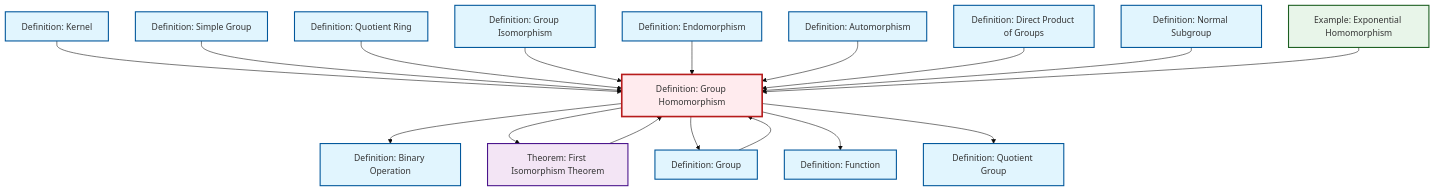
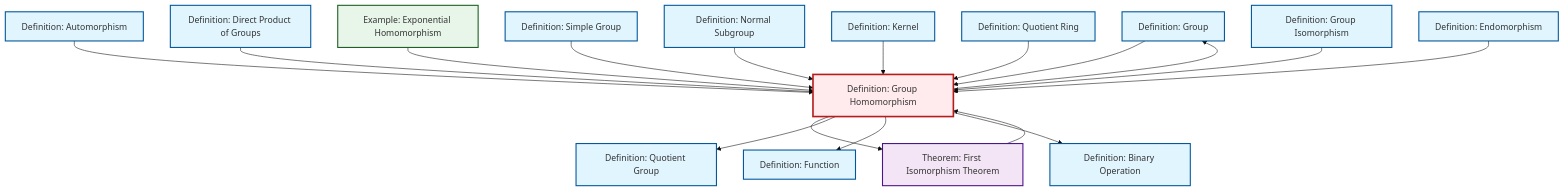
The diagram in content/en/algebra/def-homomorphism.qmd (RK0429/ModernMath), drawn with Mermaid (base theme) before and after one commit. The commit also changed other lines of this file and 634 other files, not shown here.

````diff
--- a/content/en/algebra/def-homomorphism.qmd
+++ b/content/en/algebra/def-homomorphism.qmd
@@ -62,55 +62,55 @@
 ```{mermaid}
 %%| fig-cap: "Local dependency graph"
 graph TD
     classDef definition fill:#e1f5fe,stroke:#01579b,stroke-width:2px
     classDef theorem fill:#f3e5f5,stroke:#4a148c,stroke-width:2px
     classDef axiom fill:#fff3e0,stroke:#e65100,stroke-width:2px
     classDef example fill:#e8f5e9,stroke:#1b5e20,stroke-width:2px
     classDef current fill:#ffebee,stroke:#b71c1c,stroke-width:3px
+    def-group["Definition: Group"]:::definition
+    def-quotient-ring["Definition: Quotient Ring"]:::definition
     def-binary-operation["Definition: Binary Operation"]:::definition
+    def-simple-group["Definition: Simple Group"]:::definition
+    def-quotient-group["Definition: Quotient Group"]:::definition
+    def-endomorphism["Definition: Endomorphism"]:::definition
     def-normal-subgroup["Definition: Normal Subgroup"]:::definition
-    def-group["Definition: Group"]:::definition
+    def-isomorphism["Definition: Group Isomorphism"]:::definition
+    def-direct-product["Definition: Direct Product of Groups"]:::definition
+    def-function["Definition: Function"]:::definition
+    ex-exponential-homomorphism["Example: Exponential Homomorphism"]:::example
+    def-automorphism["Definition: Automorphism"]:::definition
+    def-homomorphism["Definition: Group Homomorphism"]:::definition
     def-kernel["Definition: Kernel"]:::definition
-    def-simple-group["Definition: Simple Group"]:::definition
     thm-first-isomorphism["Theorem: First Isomorphism Theorem"]:::theorem
-    def-quotient-group["Definition: Quotient Group"]:::definition
-    ex-exponential-homomorphism["Example: Exponential Homomorphism"]:::example
-    def-isomorphism["Definition: Group Isomorphism"]:::definition
-    def-automorphism["Definition: Automorphism"]:::definition
-    def-quotient-ring["Definition: Quotient Ring"]:::definition
-    def-homomorphism["Definition: Group Homomorphism"]:::definition
-    def-endomorphism["Definition: Endomorphism"]:::definition
-    def-function["Definition: Function"]:::definition
-    def-direct-product["Definition: Direct Product of Groups"]:::definition
-    def-homomorphism --> def-binary-operation
+    def-homomorphism --> def-group
     def-homomorphism --> thm-first-isomorphism
-    def-kernel --> def-homomorphism
-    def-group --> def-homomorphism
-    def-simple-group --> def-homomorphism
-    def-quotient-ring --> def-homomorphism
-    def-homomorphism --> def-group
-    def-isomorphism --> def-homomorphism
-    def-homomorphism --> def-function
-    def-endomorphism --> def-homomorphism
     def-automorphism --> def-homomorphism
     def-direct-product --> def-homomorphism
+    def-homomorphism --> def-quotient-group
+    def-homomorphism --> def-function
+    ex-exponential-homomorphism --> def-homomorphism
+    def-simple-group --> def-homomorphism
     def-normal-subgroup --> def-homomorphism
-    def-homomorphism --> def-quotient-group
-    ex-exponential-homomorphism --> def-homomorphism
+    def-group --> def-homomorphism
+    def-kernel --> def-homomorphism
+    def-quotient-ring --> def-homomorphism
+    def-isomorphism --> def-homomorphism
+    def-homomorphism --> def-binary-operation
+    def-endomorphism --> def-homomorphism
     thm-first-isomorphism --> def-homomorphism
     class def-homomorphism current
+    click def-group "def-group.html" "Go to Group definition"
+    click def-quotient-ring "def-quotient-ring.html" "Go to Quotient Ring definition"
     click def-binary-operation "def-binary-operation.html" "Go to Binary Operation definition"
+    click def-simple-group "def-simple-group.html" "Go to Simple Group definition"
+    click def-quotient-group "def-quotient-group.html" "Go to Quotient Group definition"
+    click def-endomorphism "def-endomorphism.html" "Go to Endomorphism definition"
     click def-normal-subgroup "def-normal-subgroup.html" "Go to Normal Subgroup definition"
-    click def-group "def-group.html" "Go to Group definition"
+    click def-isomorphism "def-isomorphism.html" "Go to Group Isomorphism definition"
+    click def-direct-product "def-direct-product.html" "Go to Direct Product of Groups definition"
+    click def-function "def-function.html" "Go to Function definition"
+    click ex-exponential-homomorphism "ex-exponential-homomorphism.html" "Go to Exponential Homomorphism example"
+    click def-automorphism "def-automorphism.html" "Go to Automorphism definition"
     click def-kernel "def-kernel.html" "Go to Kernel definition"
-    click def-simple-group "def-simple-group.html" "Go to Simple Group definition"
     click thm-first-isomorphism "thm-first-isomorphism.html" "Go to First Isomorphism Theorem theorem"
-    click def-quotient-group "def-quotient-group.html" "Go to Quotient Group definition"
-    click ex-exponential-homomorphism "ex-exponential-homomorphism.html" "Go to Exponential Homomorphism example"
-    click def-isomorphism "def-isomorphism.html" "Go to Group Isomorphism definition"
-    click def-automorphism "def-automorphism.html" "Go to Automorphism definition"
-    click def-quotient-ring "def-quotient-ring.html" "Go to Quotient Ring definition"
-    click def-endomorphism "def-endomorphism.html" "Go to Endomorphism definition"
-    click def-function "def-function.html" "Go to Function definition"
-    click def-direct-product "def-direct-product.html" "Go to Direct Product of Groups definition"
 ```
````
